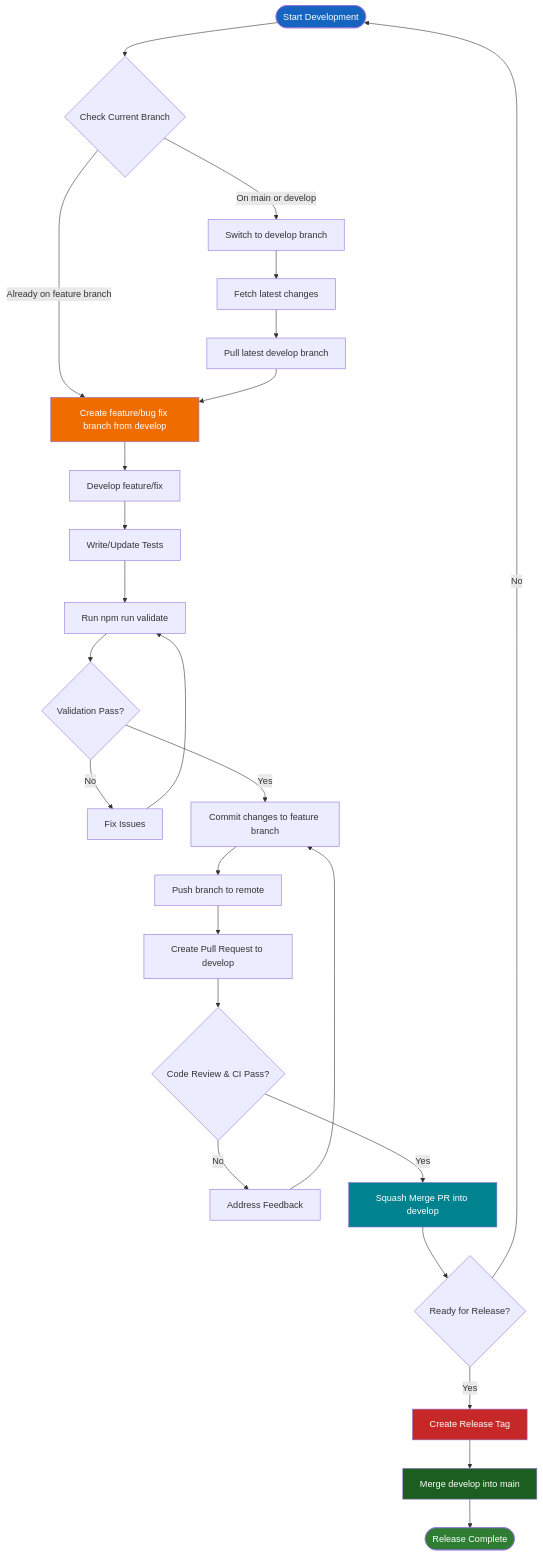
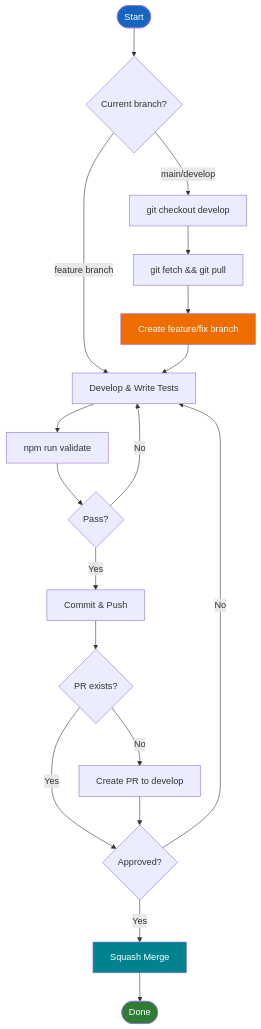
One commit to thinhtran3588/nextjs-starter-kit changed the diagram in docs/development-guide.md. Above: the diagram before and after it, drawn with Mermaid. The commit also changed other lines of this file and 208 other files, not shown here.

First line of the commit message:
refactor: reorganize modules into Clean Architecture layers (#36)

````diff
--- a/docs/development-guide.md
+++ b/docs/development-guide.md
@@ -21,34 +31,25 @@
 ```mermaid
 flowchart TD
-    Start([Start Development]) --> CheckBranch{Check Current Branch}
-    CheckBranch -->|On main or develop| SwitchToDevelop[Switch to develop branch]
-    CheckBranch -->|Already on feature branch| CreateFeatureBranch
-    SwitchToDevelop --> FetchLatest[Fetch latest changes]
-    FetchLatest --> PullDevelop[Pull latest develop branch]
-    PullDevelop --> CreateFeatureBranch[Create feature/bug fix branch from develop]
-    CreateFeatureBranch --> Develop[Develop feature/fix]
-    Develop --> WriteTests[Write/Update Tests]
-    WriteTests --> RunValidation[Run npm run validate]
-    RunValidation --> ValidationPass{Validation Pass?}
-    ValidationPass -->|No| FixIssues[Fix Issues]
-    FixIssues --> RunValidation
-    ValidationPass -->|Yes| Commit[Commit changes to feature branch]
-    Commit --> Push[Push branch to remote]
-    Push --> CreatePR[Create Pull Request to develop]
-    CreatePR --> Review{Code Review & CI Pass?}
-    Review -->|No| AddressFeedback[Address Feedback]
-    AddressFeedback --> Commit
-    Review -->|Yes| SquashMerge[Squash Merge PR into develop]
-    SquashMerge --> ReleaseReady{Ready for Release?}
-    ReleaseReady -->|No| Start
-    ReleaseReady -->|Yes| CreateTag[Create Release Tag]
-    CreateTag --> MergeToMain[Merge develop into main]
-    MergeToMain --> End([Release Complete])
+    Start([Start]) --> CheckBranch{Current branch?}
+    CheckBranch -->|main/develop| SwitchDevelop[git checkout develop]
+    CheckBranch -->|feature branch| Develop
+    SwitchDevelop --> FetchPull[git fetch && git pull]
+    FetchPull --> CreateBranch[Create feature/fix branch]
+    CreateBranch --> Develop[Develop & Write Tests]
+    Develop --> Validate[npm run validate]
+    Validate --> Pass{Pass?}
+    Pass -->|No| Develop
+    Pass -->|Yes| Commit[Commit & Push]
+    Commit --> PRExists{PR exists?}
+    PRExists -->|No| CreatePR[Create PR to develop]
+    PRExists -->|Yes| Review
+    CreatePR --> Review{Approved?}
+    Review -->|No| Develop
+    Review -->|Yes| Merge[Squash Merge]
+    Merge --> Done([Done])
 
     style Start fill:#1565c0,color:#fff
-    style End fill:#2e7d32,color:#fff
-    style CreateFeatureBranch fill:#ef6c00,color:#fff
-    style SquashMerge fill:#00838f,color:#fff
-    style CreateTag fill:#c62828,color:#fff
-    style MergeToMain fill:#1b5e20,color:#fff
+    style Done fill:#2e7d32,color:#fff
+    style CreateBranch fill:#ef6c00,color:#fff
+    style Merge fill:#00838f,color:#fff
 ```
````
